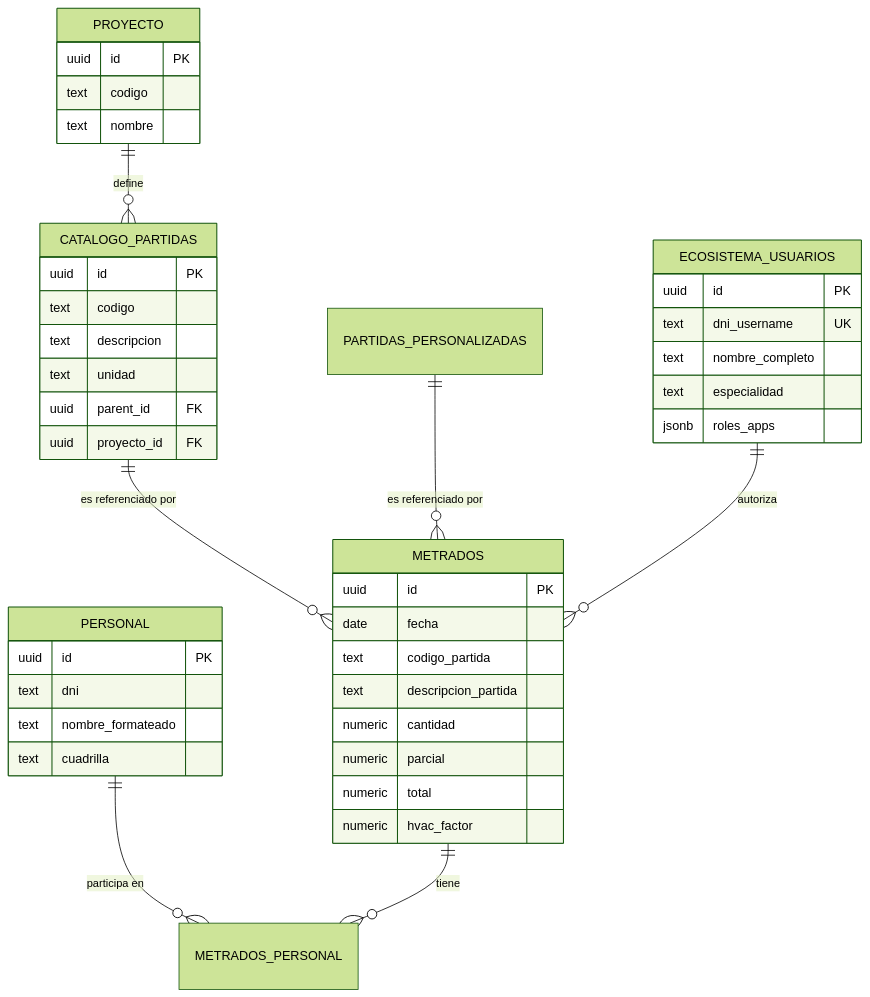
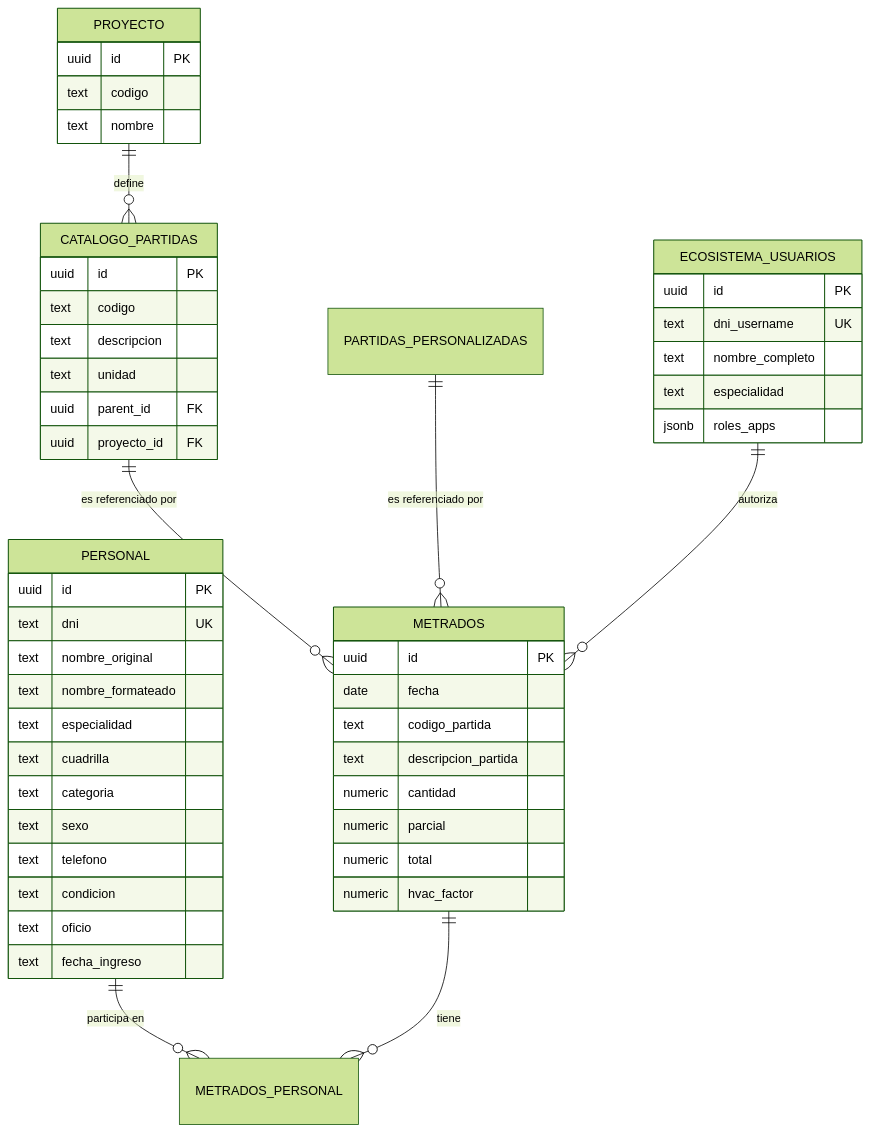
One commit to JorgeCusco/3_Entregable_web_buscador_de_metrados changed the diagram in SQL_Architecture_Master_Guide.md. Above: the diagram before and after it, drawn with Mermaid (forest theme). The commit also changed other lines of this file and 18 other files, not shown here.

````diff
--- a/SQL_Architecture_Master_Guide.md
+++ b/SQL_Architecture_Master_Guide.md
@@ -11,50 +11,58 @@
 ```mermaid
 erDiagram
     PROYECTO ||--o{ CATALOGO_PARTIDAS : "define"
     CATALOGO_PARTIDAS ||--o{ METRADOS : "es referenciado por"
     PARTIDAS_PERSONALIZADAS ||--o{ METRADOS : "es referenciado por"
     PERSONAL ||--o{ METRADOS_PERSONAL : "participa en"
     METRADOS ||--o{ METRADOS_PERSONAL : "tiene"
     ECOSISTEMA_USUARIOS ||--o{ METRADOS : "autoriza"
   
     ECOSISTEMA_USUARIOS {
         uuid id PK
         text dni_username UK
         text nombre_completo
         text especialidad
         jsonb roles_apps
     }
 
     PROYECTO {
         uuid id PK
         text codigo
         text nombre
     }
   
     CATALOGO_PARTIDAS {
         uuid id PK
         text codigo
         text descripcion
         text unidad
         uuid parent_id FK
         uuid proyecto_id FK
     }
   
     METRADOS {
         uuid id PK
         date fecha
         text codigo_partida
         text descripcion_partida
         numeric cantidad
         numeric parcial
         numeric total
         numeric hvac_factor
     }
   
     PERSONAL {
         uuid id PK
-        text dni
+        text dni UK
+        text nombre_original
         text nombre_formateado
+        text especialidad
         text cuadrilla
+        text categoria
+        text sexo
+        text telefono
+        text condicion
+        text oficio
+        text fecha_ingreso
     }
 ```
````
